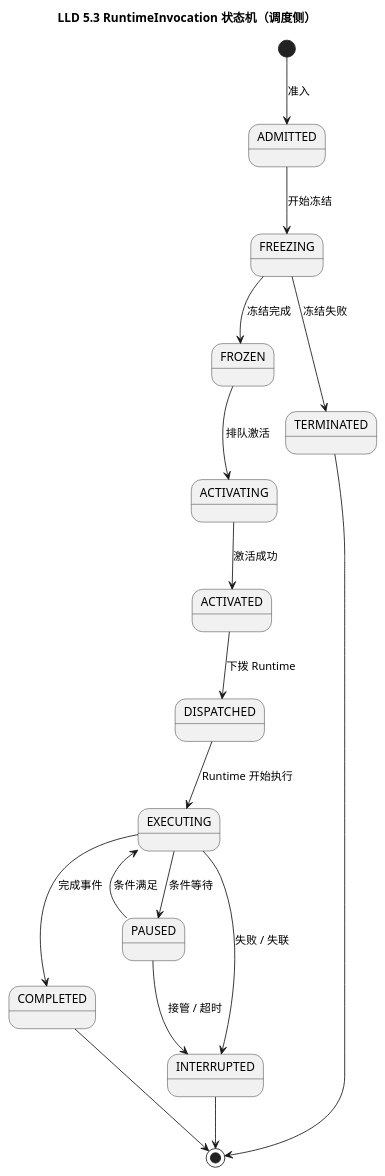
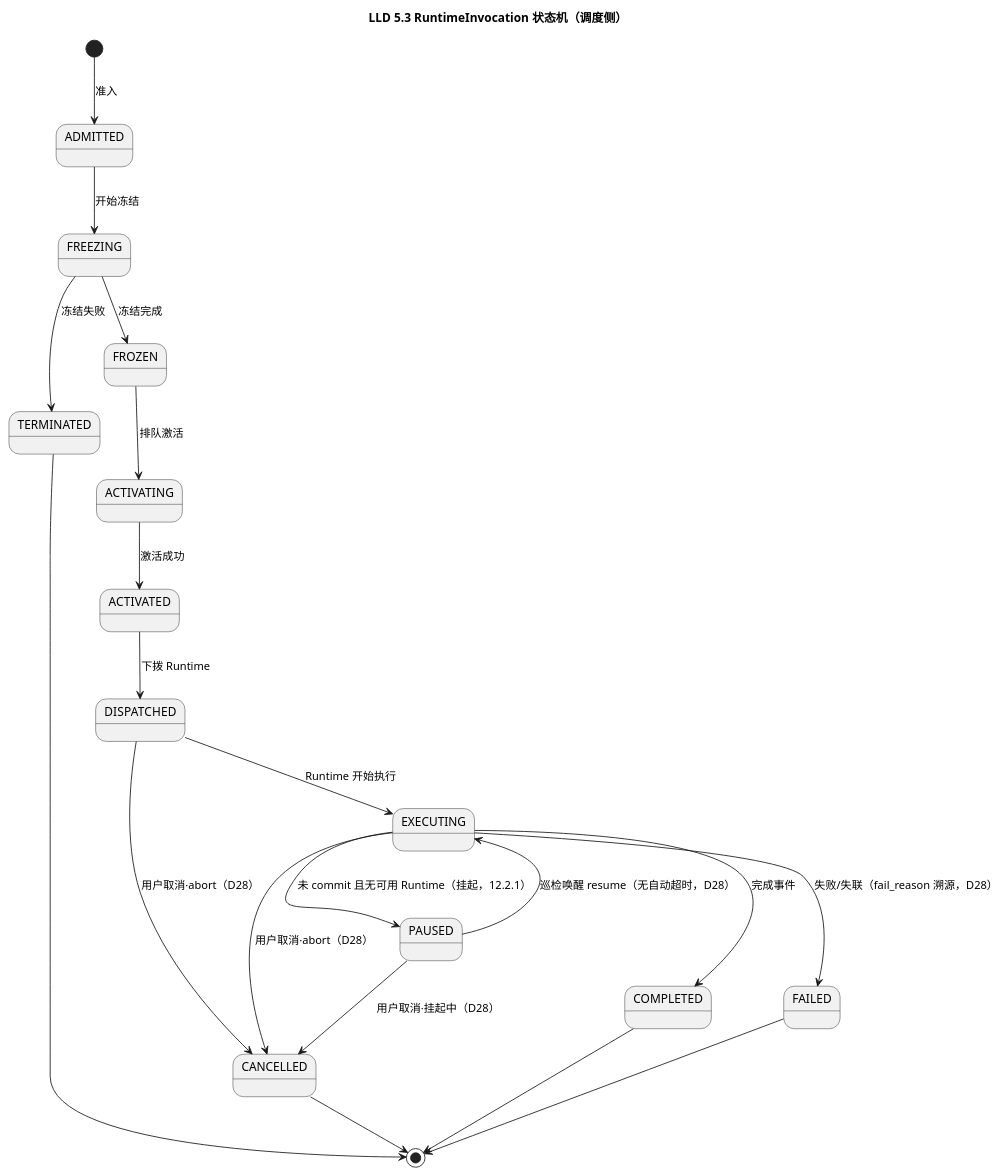
One commit to JamesLi-NLP/AgentGateway changed the seventh of 9 diagrams in design/diagrams/plantuml/turn-scheduler-lld.puml. Above: the diagram before and after it, drawn with PlantUML. The commit also changed other lines of this file and 13 other files, not shown here.

```diff
--- a/design/diagrams/plantuml/turn-scheduler-lld.puml
+++ b/design/diagrams/plantuml/turn-scheduler-lld.puml
@@ -140,22 +149,25 @@
 @startuml lld-53-state-invocation
 title LLD 5.3 RuntimeInvocation 状态机（调度侧）
 skinparam backgroundColor white
 skinparam defaultFontName "Microsoft YaHei"
 
 [*] --> ADMITTED : 准入
 ADMITTED --> FREEZING : 开始冻结
 FREEZING --> FROZEN : 冻结完成
 FREEZING --> TERMINATED : 冻结失败
 FROZEN --> ACTIVATING : 排队激活
 ACTIVATING --> ACTIVATED : 激活成功
 ACTIVATED --> DISPATCHED : 下拨 Runtime
 DISPATCHED --> EXECUTING : Runtime 开始执行
-EXECUTING --> PAUSED : 条件等待
-PAUSED --> EXECUTING : 条件满足
+EXECUTING --> PAUSED : 未 commit 且无可用 Runtime（挂起，12.2.1）
+PAUSED --> EXECUTING : 巡检唤醒 resume（无自动超时，D28）
 EXECUTING --> COMPLETED : 完成事件
-EXECUTING --> INTERRUPTED : 失败 / 失联
-PAUSED --> INTERRUPTED : 接管 / 超时
+EXECUTING --> FAILED : 失败/失联（fail_reason 溯源，D28）
+DISPATCHED --> CANCELLED : 用户取消·abort（D28）
+EXECUTING --> CANCELLED : 用户取消·abort（D28）
+PAUSED --> CANCELLED : 用户取消·挂起中（D28）
 TERMINATED --> [*]
 COMPLETED --> [*]
-INTERRUPTED --> [*]
+FAILED --> [*]
+CANCELLED --> [*]
 @enduml
```
